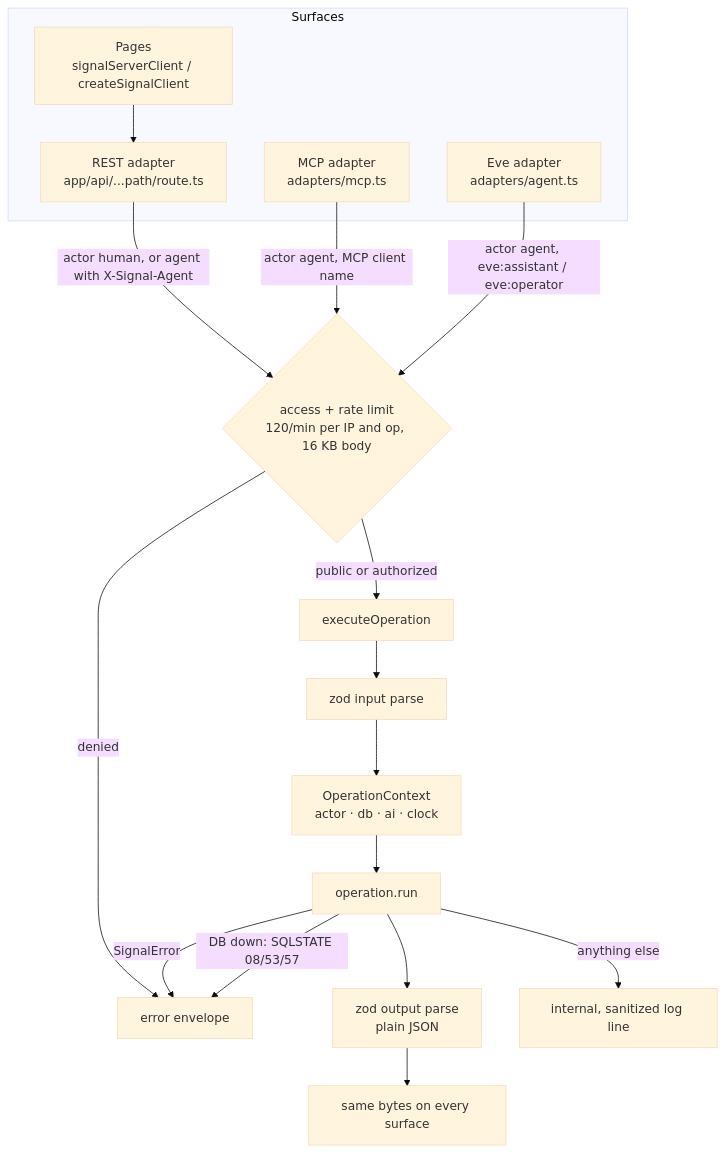
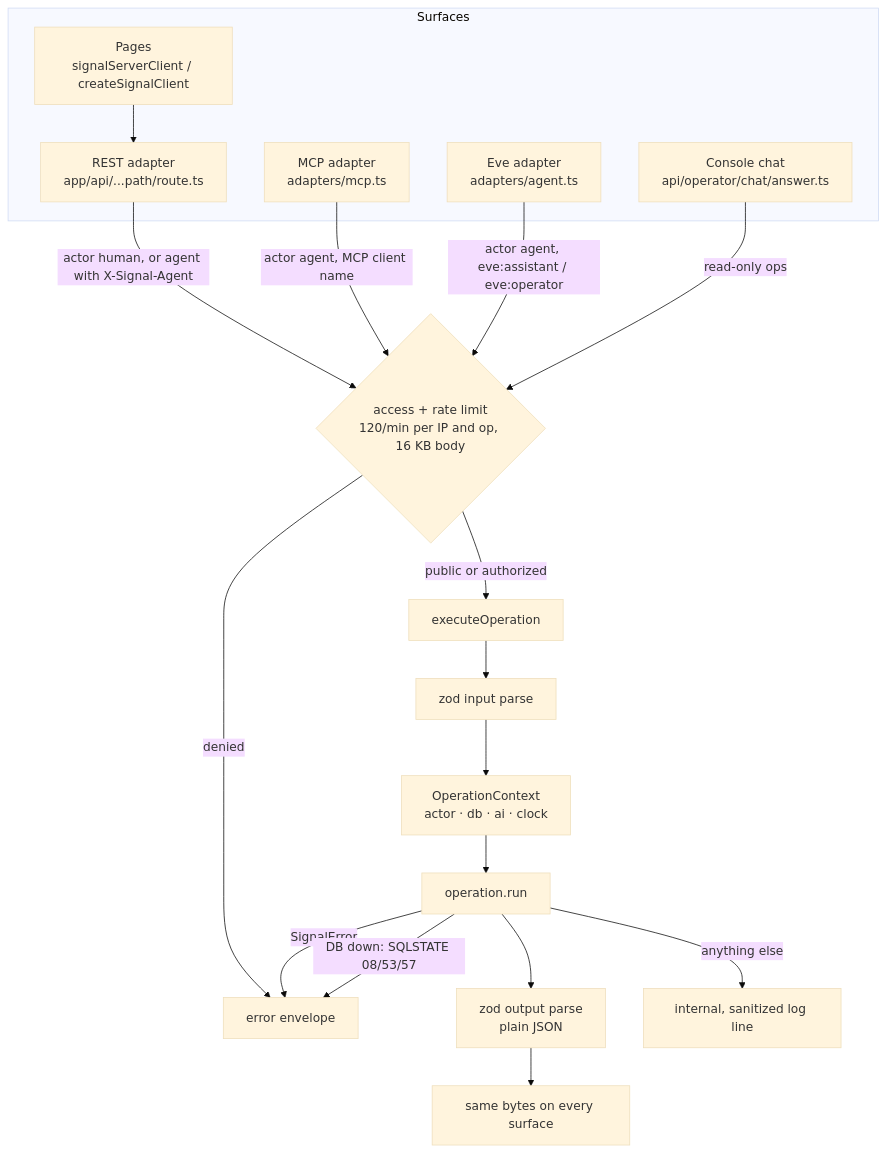
One commit to gaboesquivel/flow-signal changed the first of 5 diagrams in docs/harness/runtime.md. Above: the diagram before and after it, drawn with Mermaid (base theme). The commit also changed other lines of this file and 7 other files, not shown here.

First line of the commit message:
docs(harness): refresh diagrams for specs 006, 007, and 010 (#12)

````diff
--- a/docs/harness/runtime.md
+++ b/docs/harness/runtime.md
@@ -7,21 +7,23 @@
 ```mermaid
 flowchart TD
   subgraph Surfaces
     UI[Pages<br/>signalServerClient / createSignalClient] --> REST
     REST[REST adapter<br/>app/api/...path/route.ts]
     MCP[MCP adapter<br/>adapters/mcp.ts]
     EVE[Eve adapter<br/>adapters/agent.ts]
+    CC[Console chat<br/>api/operator/chat/answer.ts]
   end
   REST -->|actor human, or agent with X-Signal-Agent| GATE
   MCP -->|actor agent, MCP client name| GATE
   EVE -->|actor agent, eve:assistant / eve:operator| GATE
+  CC -->|read-only ops| GATE
   GATE{access + rate limit<br/>120/min per IP and op, 16 KB body}
   GATE -->|public or authorized| EX[executeOperation]
   GATE -->|denied| ERR[error envelope]
   EX --> V[zod input parse] --> CTX[OperationContext<br/>actor · db · ai · clock]
   CTX --> RUN[operation.run] --> OUT[zod output parse<br/>plain JSON]
   RUN -->|SignalError| ERR
   RUN -->|DB down: SQLSTATE 08/53/57| ERR
   RUN -->|anything else| INT[internal, sanitized log line]
   OUT --> RES[same bytes on every surface]
 ```
````
